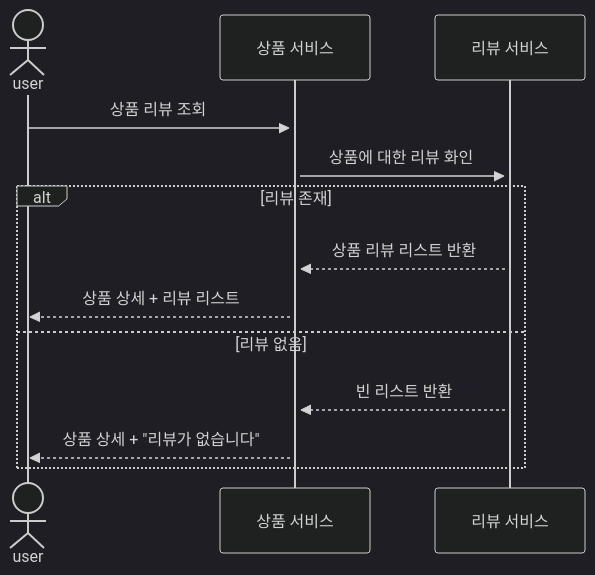
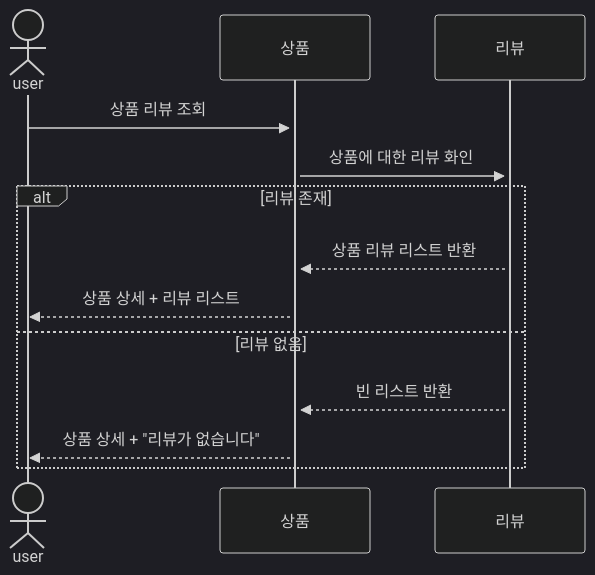
One commit to lutae2000/java-spring-ecommerce-api changed the tenth of 10 diagrams in docs/design/02-sequence-diagrams.md. Above: the diagram before and after it, drawn with Mermaid (dark theme). The commit also changed other lines of this file and 1 other file, not shown here.

````diff
--- a/docs/design/02-sequence-diagrams.md
+++ b/docs/design/02-sequence-diagrams.md
@@ -320,17 +320,17 @@
 ```mermaid
 sequenceDiagram
     actor user
-    participant ProductService as 상품 서비스
-    participant ReviewService as 리뷰 서비스
+    participant ProductService as 상품
+    participant ReviewService as 리뷰
 
     user->>+ProductService: 상품 리뷰 조회
     ProductService->>+ReviewService: 상품에 대한 리뷰 화인
 
     alt 리뷰 존재
         ReviewService-->>ProductService: 상품 리뷰 리스트 반환
         ProductService-->>user: 상품 상세 + 리뷰 리스트
     else 리뷰 없음
         ReviewService-->>ProductService: 빈 리스트 반환
         ProductService-->>user: 상품 상세 + "리뷰가 없습니다"
     end
 ```
````
